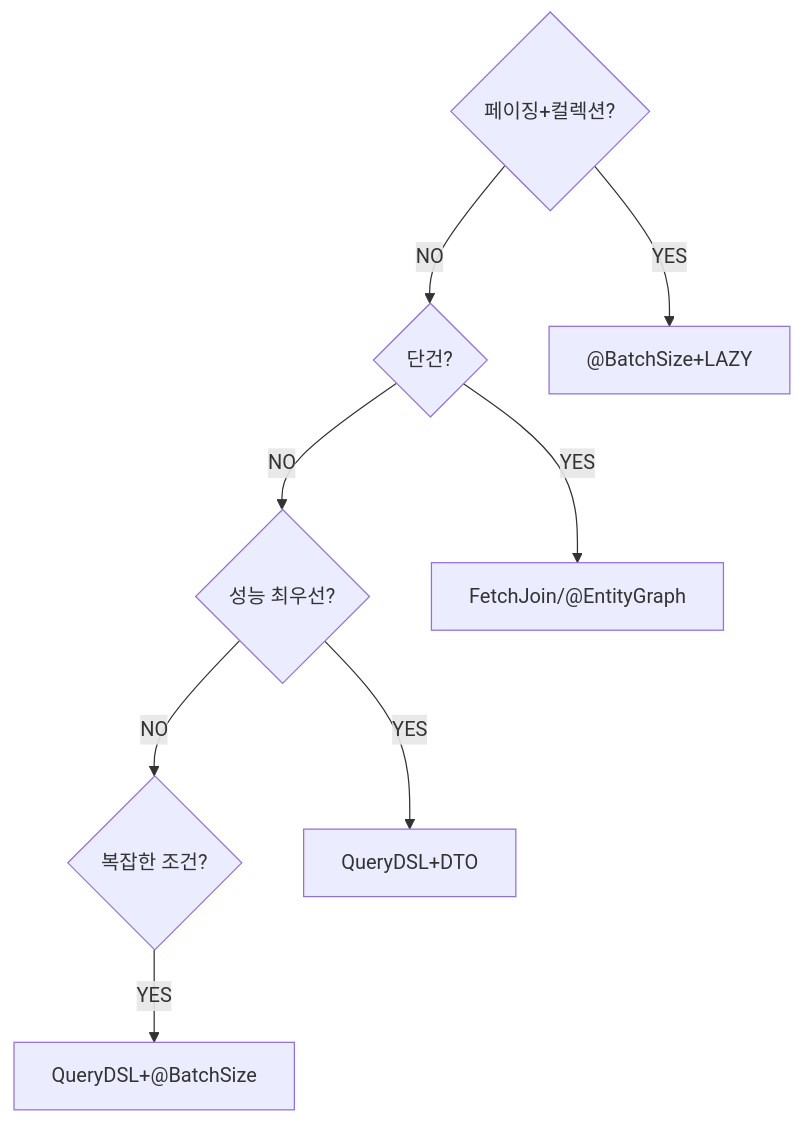
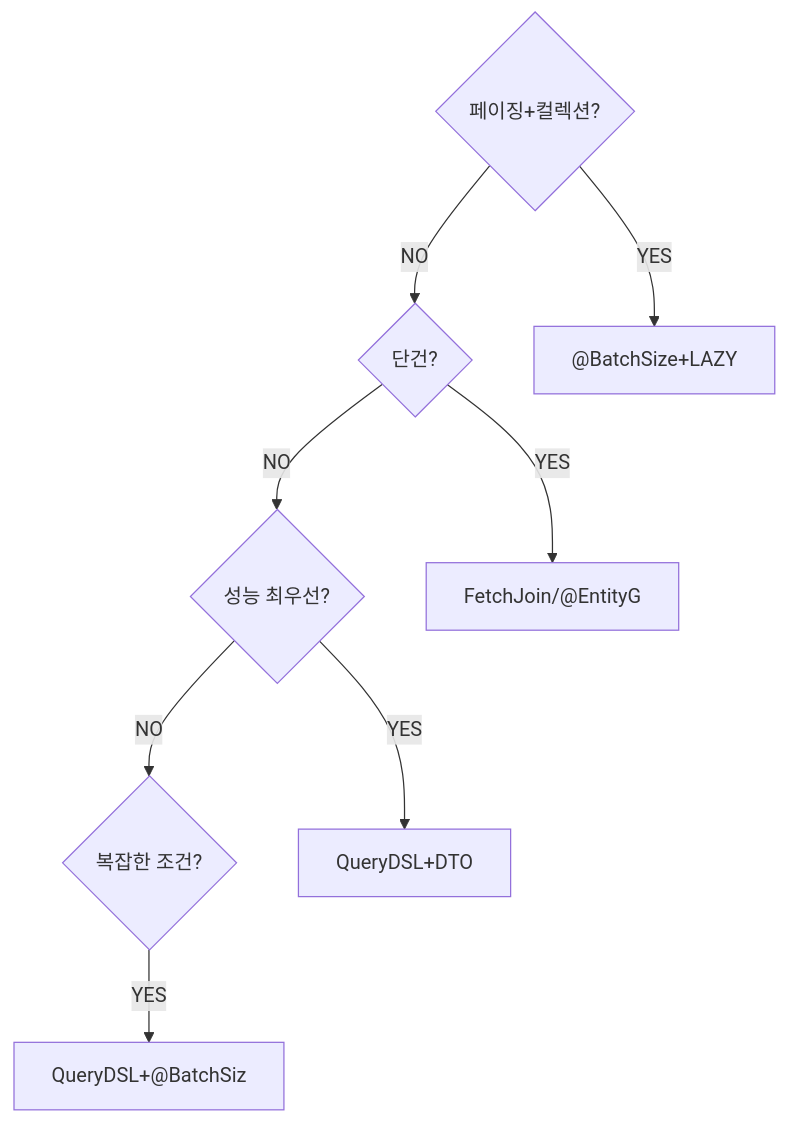
Before and after one commit to yjkim2015/yjkim2015.github.io: the fourth of 6 diagrams in _posts/jpa/2026-05-01-jpa-n-plus-1.md, drawn with Mermaid. The commit also changed other lines of this file and 271 other files, not shown here.

First line of the commit message:
Mermaid 라벨 축소: 긴 노드 텍스트 18자 이하로 트림 + \n 제거

````diff
--- a/_posts/jpa/2026-05-01-jpa-n-plus-1.md
+++ b/_posts/jpa/2026-05-01-jpa-n-plus-1.md
@@ -429,14 +429,14 @@
 ```mermaid
 graph TD
     Q1{"페이징+컬렉션?"}
     Q2{"단건?"}
     Q3{"성능 최우선?"}
     Q4{"복잡한 조건?"}
     Q1 -->|YES| A1["@BatchSize+LAZY"]
     Q1 -->|NO| Q2
-    Q2 -->|YES| A2["FetchJoin/@EntityGraph"]
+    Q2 -->|YES| A2["FetchJoin/@EntityG"]
     Q2 -->|NO| Q3
     Q3 -->|YES| A3["QueryDSL+DTO"]
     Q3 -->|NO| Q4
-    Q4 -->|YES| A4["QueryDSL+@BatchSize"]
+    Q4 -->|YES| A4["QueryDSL+@BatchSiz"]
 ```
````
